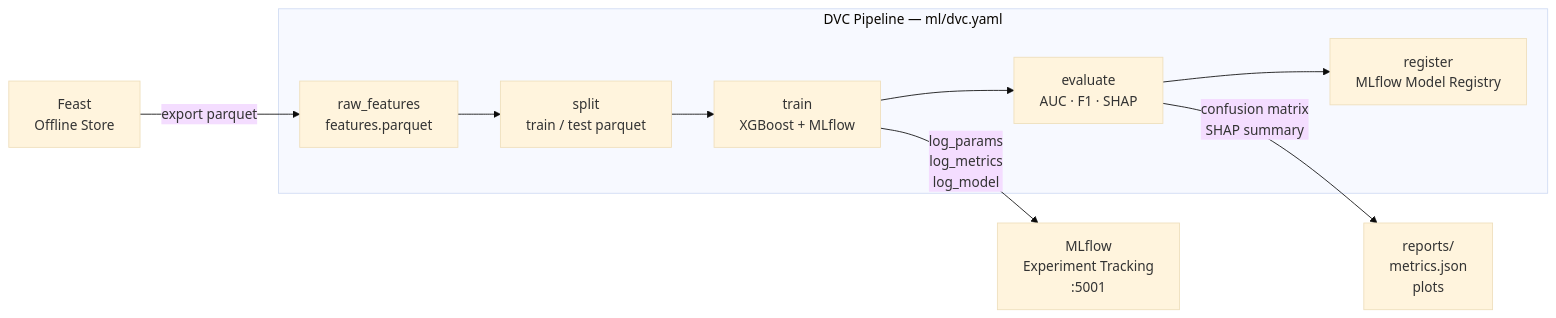
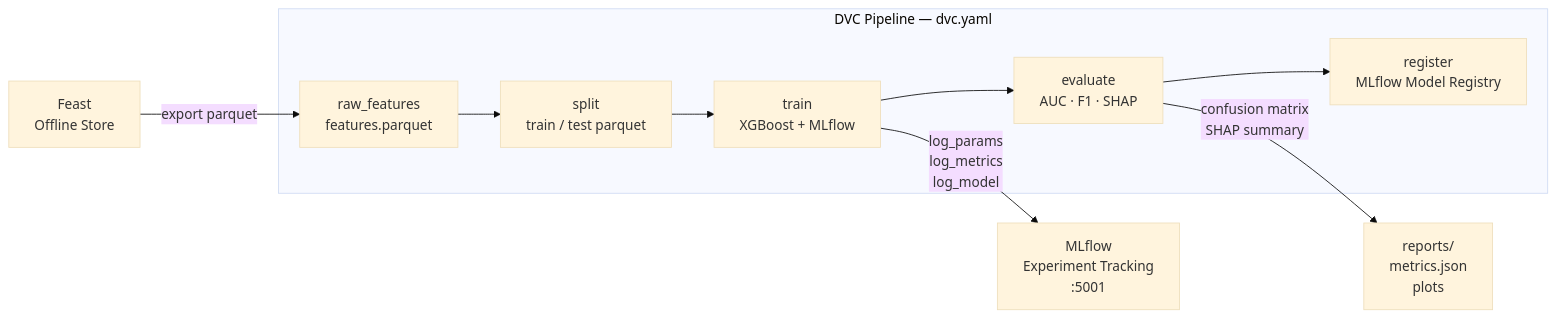
The fourth of 9 diagrams in README.md (albertlok/healthcare-ml-platform), drawn with Mermaid (base theme) before and after one commit. The commit also changed other lines of this file and 29 other files, not shown here.

````diff
--- a/README.md
+++ b/README.md
@@ -188,16 +188,16 @@
 ```mermaid
 flowchart LR
     FS["Feast\nOffline Store"] -->|"export parquet"| RF
 
-    subgraph DVC["DVC Pipeline — ml/dvc.yaml"]
+    subgraph DVC["DVC Pipeline — dvc.yaml"]
         RF["raw_features\nfeatures.parquet"]
         SP["split\ntrain / test parquet"]
         TR["train\nXGBoost + MLflow"]
         EV["evaluate\nAUC · F1 · SHAP"]
         RG["register\nMLflow Model Registry"]
     end
 
     RF --> SP --> TR --> EV --> RG
     TR -->|"log_params\nlog_metrics\nlog_model"| MF["MLflow\nExperiment Tracking\n:5001"]
     EV -->|"confusion matrix\nSHAP summary"| RP["reports/\nmetrics.json\nplots"]
 ```
````
